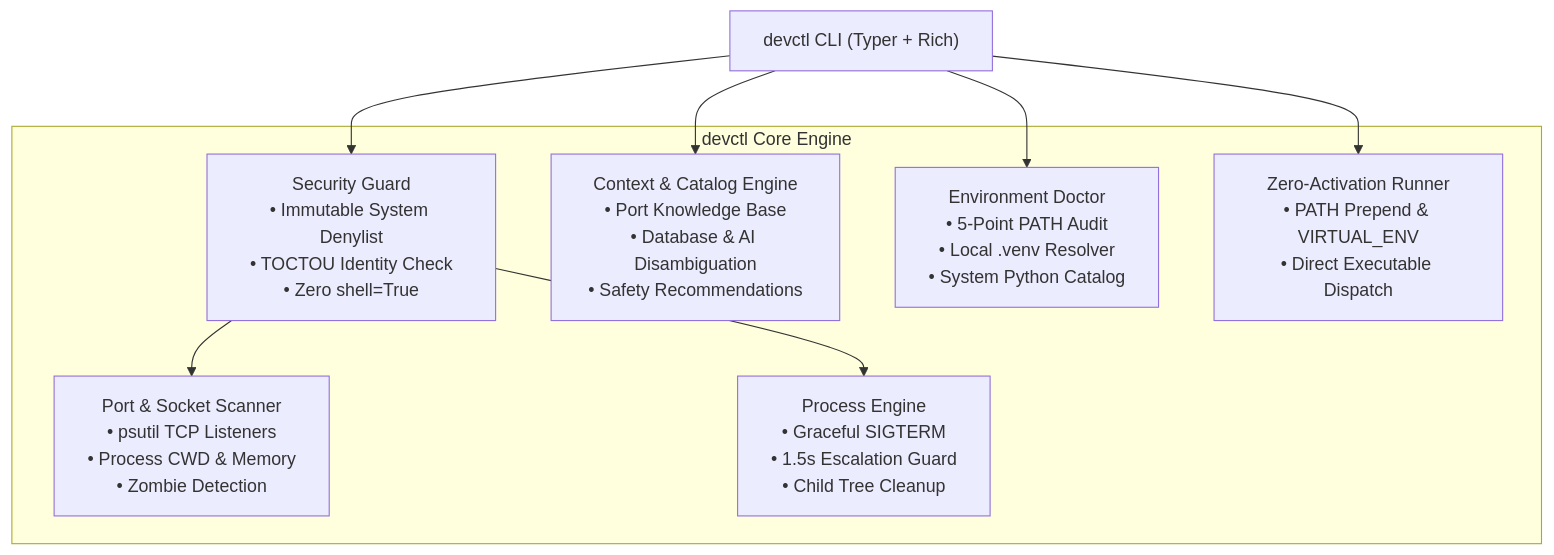
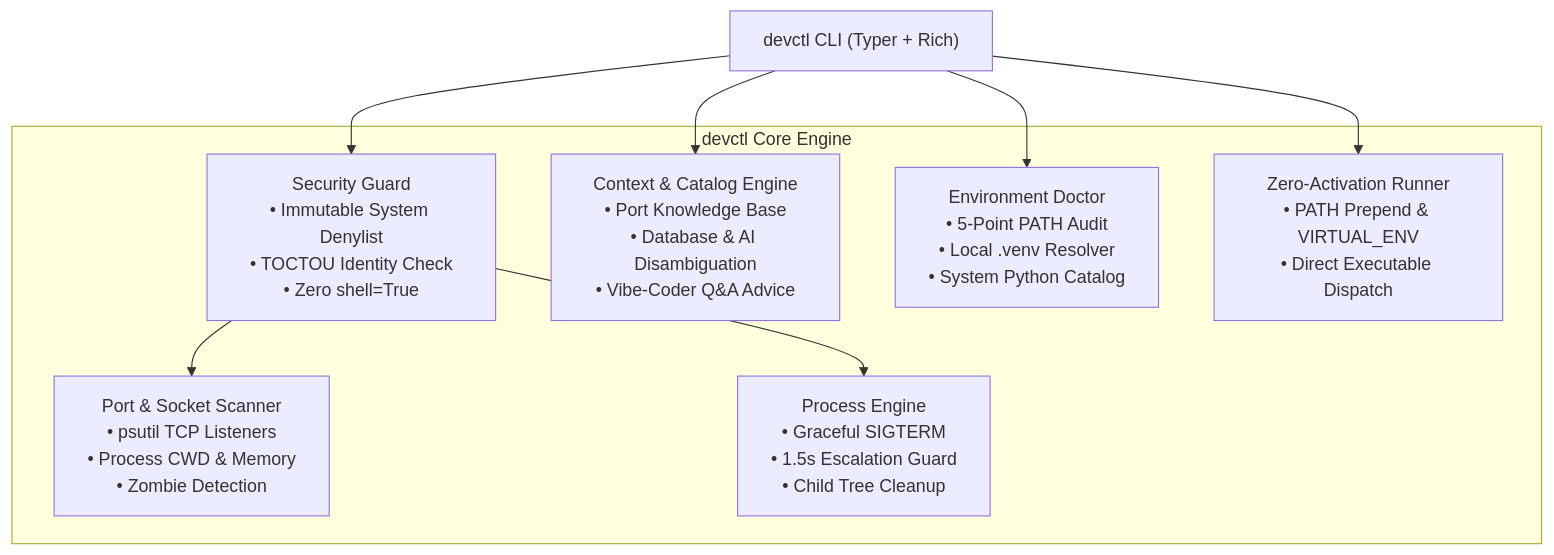
Before and after one commit to AryamanSharma14/-CLI-: the diagram in README.md, drawn with Mermaid. The commit also changed other lines of this file and 5 other files, not shown here.

Commit message:
feat: vibe-coder plain English explain card, smart suggestions & flexible PID/name lookup

````diff
--- a/README.md
+++ b/README.md
@@ -51,20 +53,20 @@
 ```mermaid
 flowchart TD
     CLI["devctl CLI (Typer + Rich)"]
     
     subgraph Core["devctl Core Engine"]
         SEC["Security Guard<br/>• Immutable System Denylist<br/>• TOCTOU Identity Check<br/>• Zero shell=True"]
-        CAT["Context & Catalog Engine<br/>• Port Knowledge Base<br/>• Database & AI Disambiguation<br/>• Safety Recommendations"]
+        CAT["Context & Catalog Engine<br/>• Port Knowledge Base<br/>• Database & AI Disambiguation<br/>• Vibe-Coder Q&A Advice"]
         PORT["Port & Socket Scanner<br/>• psutil TCP Listeners<br/>• Process CWD & Memory<br/>• Zombie Detection"]
         PROC["Process Engine<br/>• Graceful SIGTERM<br/>• 1.5s Escalation Guard<br/>• Child Tree Cleanup"]
         ENV["Environment Doctor<br/>• 5-Point PATH Audit<br/>• Local .venv Resolver<br/>• System Python Catalog"]
         RUN["Zero-Activation Runner<br/>• PATH Prepend & VIRTUAL_ENV<br/>• Direct Executable Dispatch"]
     end
 
     CLI --> SEC
     CLI --> CAT
     SEC --> PORT
     SEC --> PROC
     CLI --> ENV
     CLI --> RUN
 ```
````
